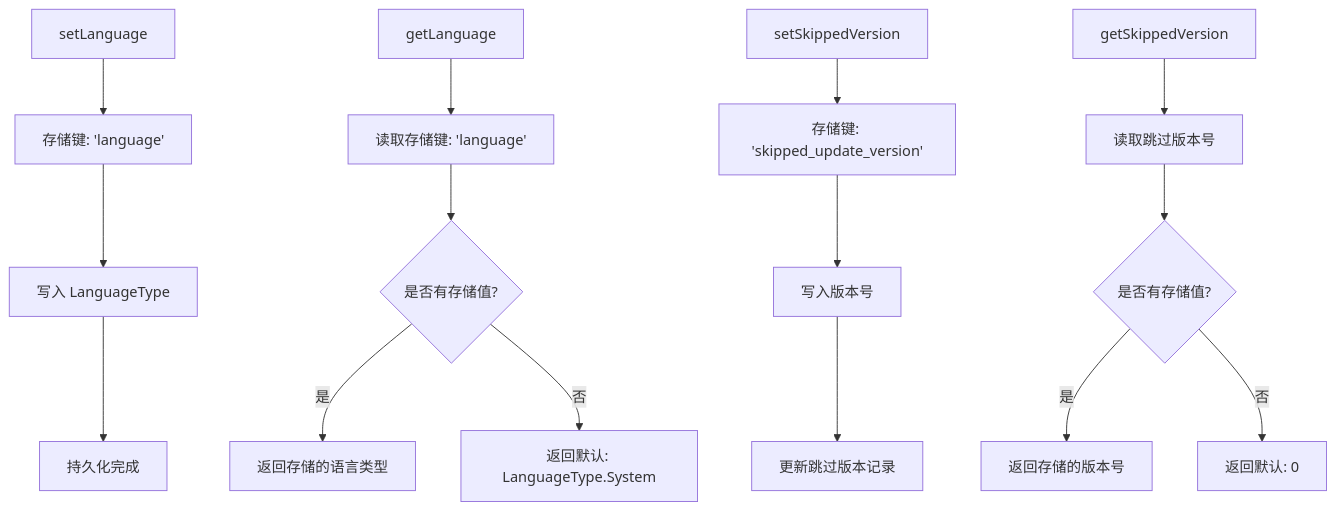
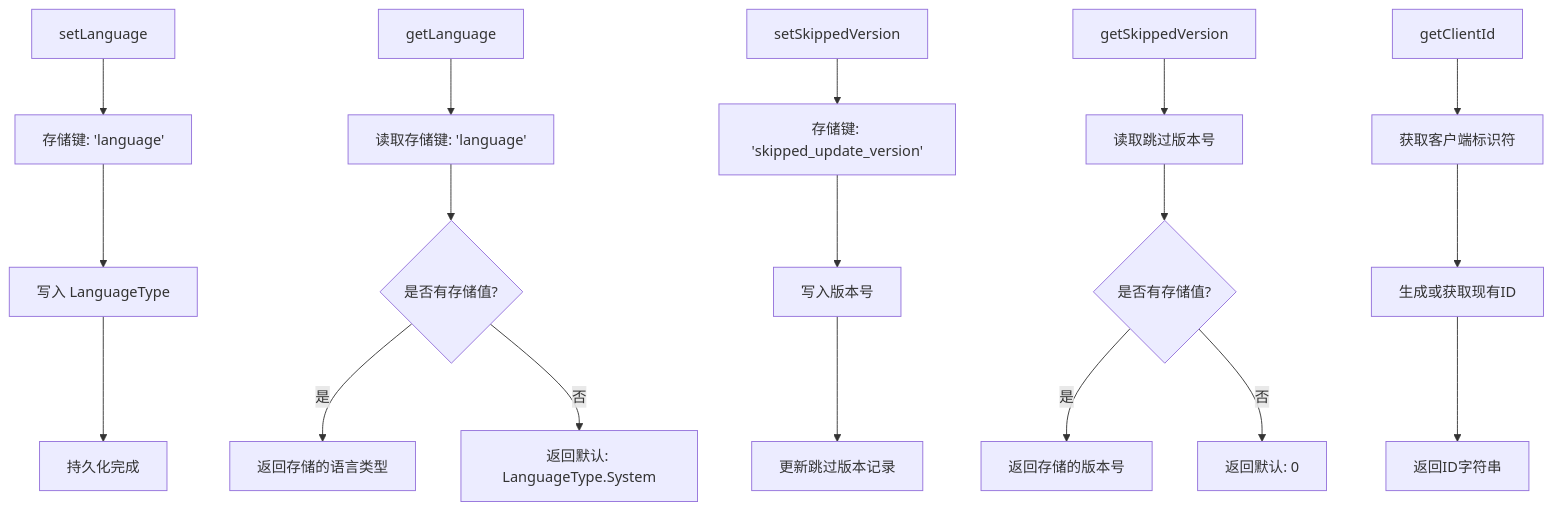
The fifth of 12 diagrams in .qoder/repowiki/zh/content/核心功能模块/国际化系统.md (tea4go/Macro-Deck-Client-App), drawn with Mermaid before and after one commit. The commit also changed other lines of this file and 2 other files, not shown here.

````diff
--- a/.qoder/repowiki/zh/content/核心功能模块/国际化系统.md
+++ b/.qoder/repowiki/zh/content/核心功能模块/国际化系统.md
@@ -227,17 +237,20 @@
 ```mermaid
 flowchart TD
 A[setLanguage] --> B[存储键: 'language']
 B --> C[写入 LanguageType]
 C --> D[持久化完成]
 E[getLanguage] --> F[读取存储键: 'language']
 F --> G{是否有存储值?}
 G --> |是| H[返回存储的语言类型]
 G --> |否| I[返回默认: LanguageType.System]
 J[setSkippedVersion] --> K[存储键: 'skipped_update_version']
 K --> L[写入版本号]
 L --> M[更新跳过版本记录]
 N[getSkippedVersion] --> O[读取跳过版本号]
 O --> P{是否有存储值?}
 P --> |是| Q[返回存储的版本号]
 P --> |否| R[返回默认: 0]
+S[getClientId] --> T[获取客户端标识符]
+T --> U[生成或获取现有ID]
+U --> V[返回ID字符串]
 ```
````
